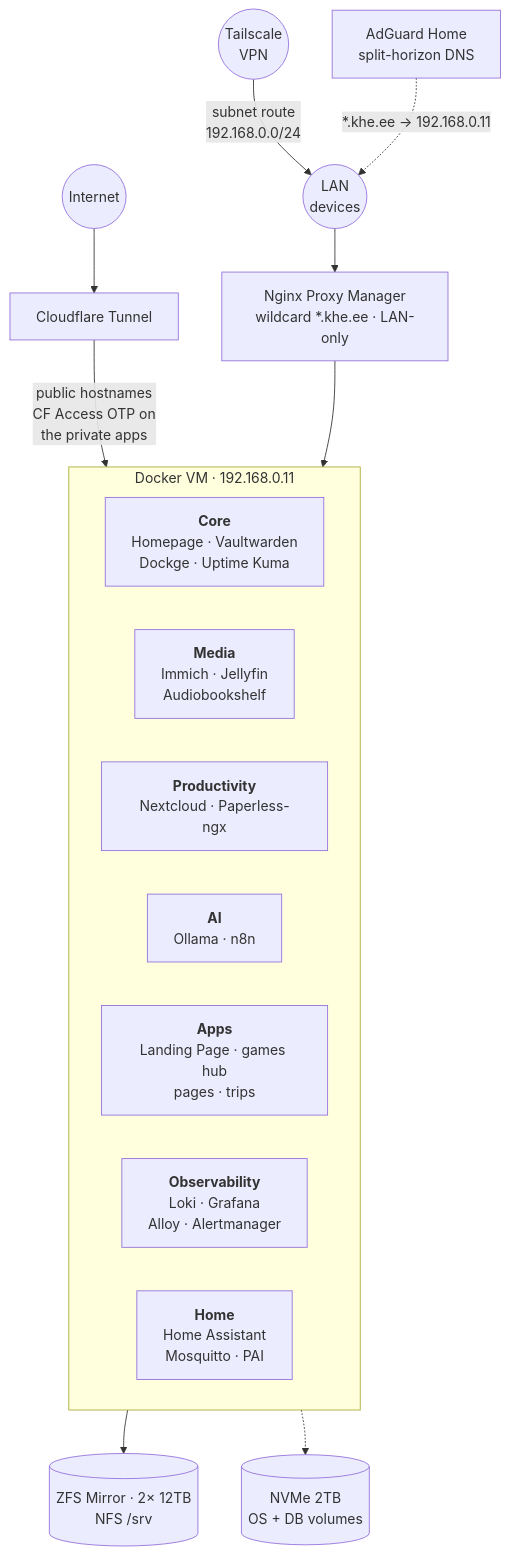
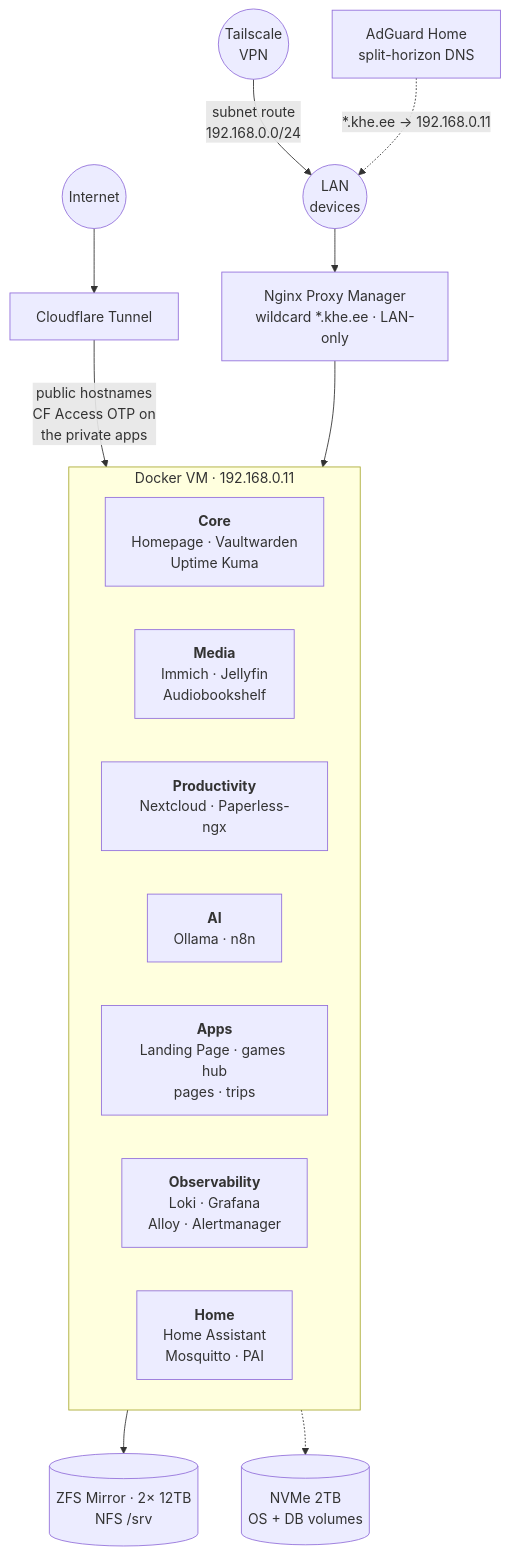
The diagram in README.md (khelias/khe-homelab), drawn with Mermaid before and after one commit. The commit also changed other lines of this file and 13 other files, not shown here.

````diff
--- a/README.md
+++ b/README.md
@@ -7,28 +7,28 @@
 ```mermaid
 graph TB
     Internet((Internet))
     VPN((Tailscale<br/>VPN))
     LAN((LAN<br/>devices))
 
     Internet --> CF[Cloudflare Tunnel]
     VPN -->|subnet route<br/>192.168.0.0/24| LAN
     AG[AdGuard Home<br/>split-horizon DNS] -.->|*.khe.ee → 192.168.0.11| LAN
     LAN --> NPM[Nginx Proxy Manager<br/>wildcard *.khe.ee · LAN-only]
 
     CF -->|public hostnames<br/>CF Access OTP on<br/>the private apps| DVM
     NPM --> DVM
 
     subgraph DVM[Docker VM · 192.168.0.11]
         direction LR
-        Core["<b>Core</b><br/>Homepage · Vaultwarden<br/>Dockge · Uptime Kuma"]
+        Core["<b>Core</b><br/>Homepage · Vaultwarden<br/>Uptime Kuma"]
         Media["<b>Media</b><br/>Immich · Jellyfin<br/>Audiobookshelf"]
         Prod["<b>Productivity</b><br/>Nextcloud · Paperless-ngx"]
         AI["<b>AI</b><br/>Ollama · n8n"]
         Apps["<b>Apps</b><br/>Landing Page · games hub<br/>pages · trips"]
         Obs["<b>Observability</b><br/>Loki · Grafana<br/>Alloy · Alertmanager"]
         Home["<b>Home</b><br/>Home Assistant<br/>Mosquitto · PAI"]
     end
 
     DVM --> HDD[(ZFS Mirror · 2× 12TB<br/>NFS /srv)]
     DVM -.-> NVMe[(NVMe 2TB<br/>OS + DB volumes)]
 ```
````
